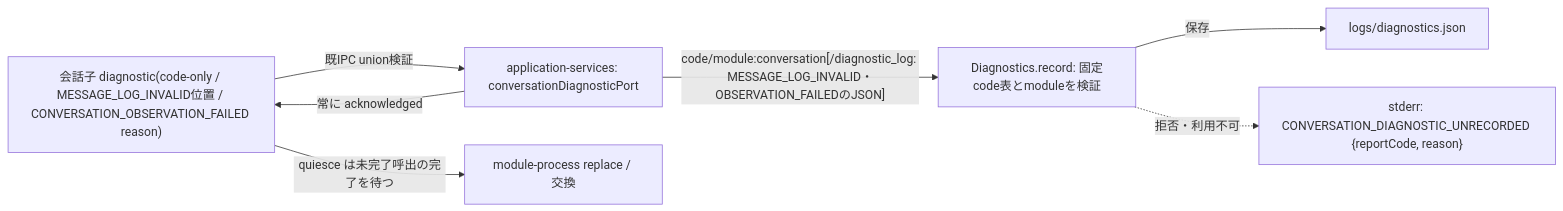
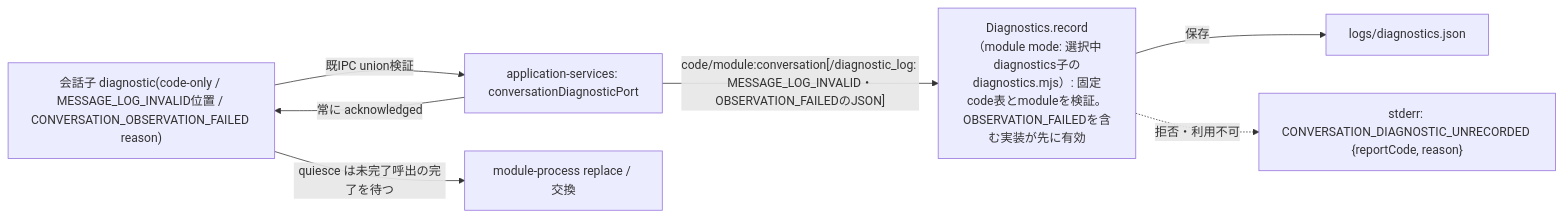
Before and after one commit to kitepon/BellTeam: diagram 32 of 42 in docs/architecture/modules/integration/README.md, drawn with Mermaid. The commit also changed other lines of this file, not shown here.

Commit message:
Draw the diagnostics implementation order for CONVERSATION_OBSERVATION_FAILED

````diff
--- a/docs/architecture/modules/integration/README.md
+++ b/docs/architecture/modules/integration/README.md
@@ -707,9 +707,9 @@
 ```mermaid
 flowchart LR
   Child["会話子 diagnostic(code-only / MESSAGE_LOG_INVALID位置 / CONVERSATION_OBSERVATION_FAILED reason)"] -->|"既IPC union検証"| Port["application-services: conversationDiagnosticPort"]
-  Port -->|"code/module:conversation[/diagnostic_log: MESSAGE_LOG_INVALID・OBSERVATION_FAILEDのJSON]"| Record["Diagnostics.record: 固定code表とmoduleを検証"]
+  Port -->|"code/module:conversation[/diagnostic_log: MESSAGE_LOG_INVALID・OBSERVATION_FAILEDのJSON]"| Record["Diagnostics.record（module mode: 選択中diagnostics子のdiagnostics.mjs）: 固定code表とmoduleを検証。OBSERVATION_FAILEDを含む実装が先に有効"]
   Record -->|"保存"| Store["logs/diagnostics.json"]
   Record -.->|"拒否・利用不可"| Stderr["stderr: CONVERSATION_DIAGNOSTIC_UNRECORDED {reportCode, reason}"]
   Port -->|"常に acknowledged"| Child
   Child -->|"quiesce は未完了呼出の完了を待つ"| Exchange["module-process replace / 交換"]
 ```
````
